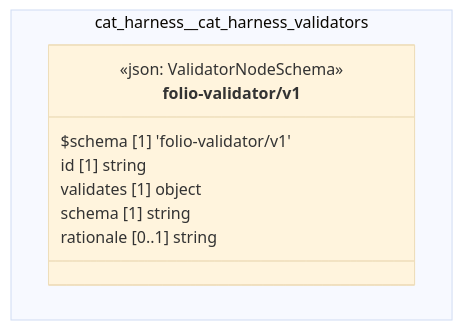
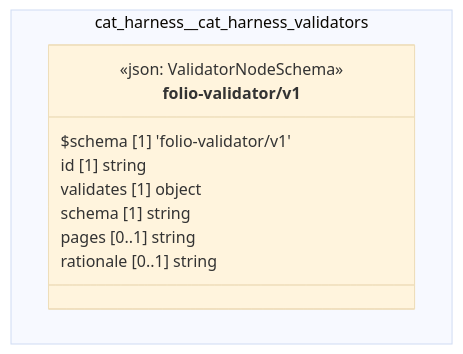
One commit to litlfred/folio-assistant changed the diagram in cat-harness/uml/overview/cat-harness/cat-harness-validators.mmd. Above: the diagram before and after it, drawn with Mermaid (base theme). The commit also changed 76 other files, not shown here.

```diff
--- a/cat-harness/uml/overview/cat-harness/cat-harness-validators.mmd
+++ b/cat-harness/uml/overview/cat-harness/cat-harness-validators.mmd
@@ -1,13 +1,14 @@
 classDiagram
   direction TB
   namespace cat_harness__cat_harness_validators {
     class cat_harness_cat_harness_validators_folio_validator_v1_folio_validator_v1["folio-validator/v1"] {
       <<json: ValidatorNodeSchema>>
       $schema [1] 'folio-validator/v1'
       id [1] string
       validates [1] object
       schema [1] string
+      pages [0..1] string
       rationale [0..1] string
     }
   }
   cssClass "cat_harness_cat_harness_validators_folio_validator_v1_folio_validator_v1" fa_uml_kind_validators
```
